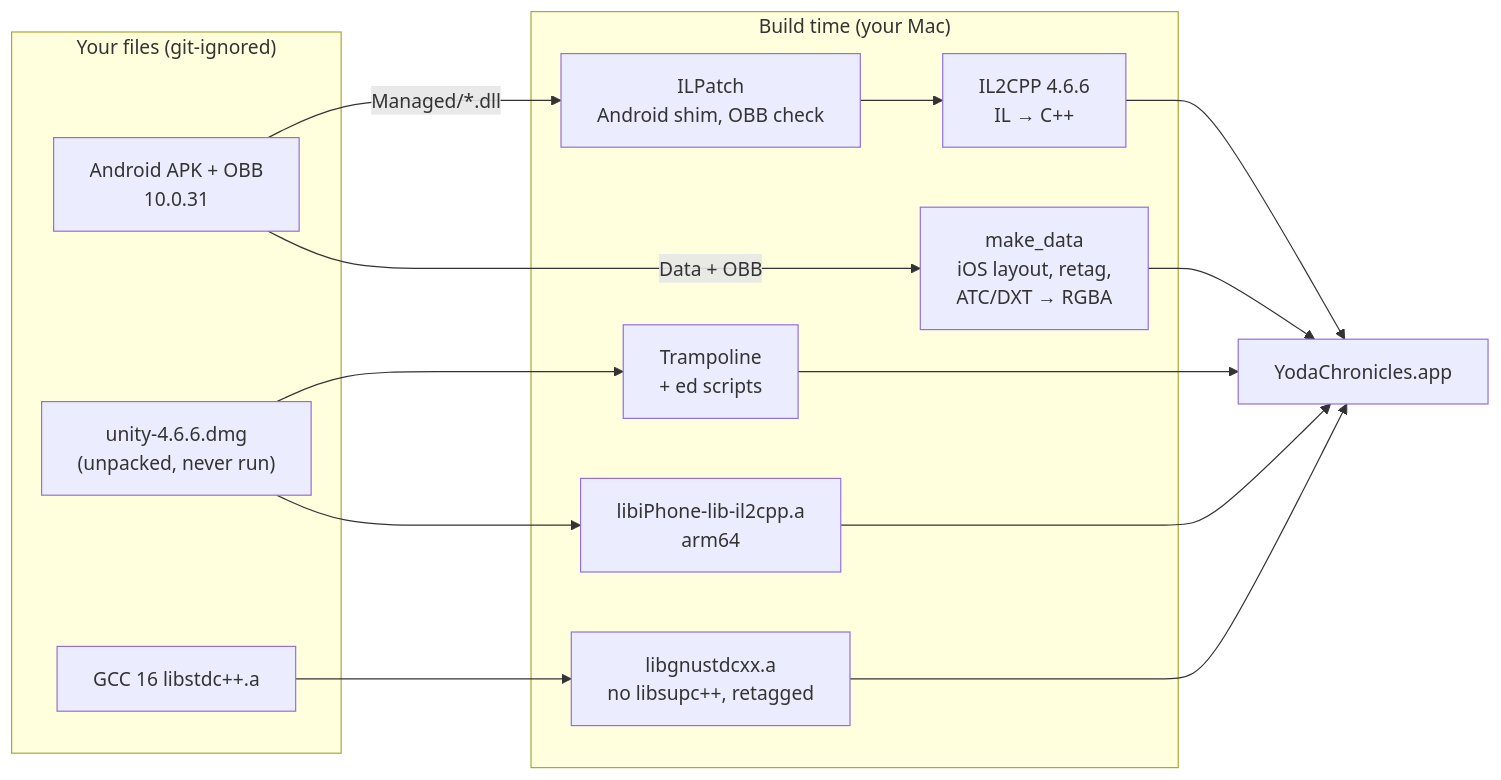
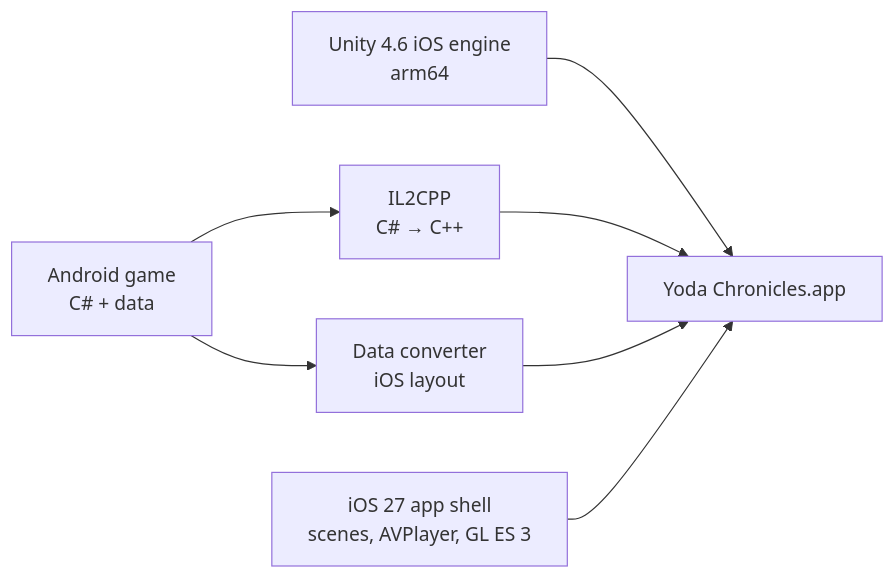
One commit to mirowaltisberg/yoda-chronicles-recomp changed the diagram in README.md. Above: the diagram before and after it, drawn with Mermaid. The commit also changed other lines of this file and 1 other file, not shown here.

````diff
--- a/README.md
+++ b/README.md
@@ -44,21 +84,9 @@
 ```mermaid
 flowchart LR
-    subgraph inputs["Your files (git-ignored)"]
-        apk["Android APK + OBB<br/>10.0.31"]
-        unity["unity-4.6.6.dmg<br/>(unpacked, never run)"]
-        gcc["GCC 16 libstdc++.a"]
-    end
-    subgraph build["Build time (your Mac)"]
-        apk -->|"Managed/*.dll"| ilpatch["ILPatch<br/>Android shim, OBB check"]
-        ilpatch --> il2cpp["IL2CPP 4.6.6<br/>IL → C++"]
-        apk -->|"Data + OBB"| data["make_data<br/>iOS layout, retag,<br/>ATC/DXT → RGBA"]
-        unity --> tramp["Trampoline<br/>+ ed scripts"]
-        unity --> engine["libiPhone-lib-il2cpp.a<br/>arm64"]
-        gcc --> gnu["libgnustdcxx.a<br/>no libsupc++, retagged"]
-    end
-    il2cpp --> app["YodaChronicles.app"]
+    apk["Android game<br/>C# + data"] --> il2cpp["IL2CPP<br/>C# → C++"]
+    apk --> data["Data converter<br/>iOS layout"]
+    unity["Unity 4.6 iOS engine<br/>arm64"] --> app["Yoda Chronicles.app"]
+    il2cpp --> app
     data --> app
-    tramp --> app
-    engine --> app
-    gnu --> app
+    shim["iOS 27 app shell<br/>scenes, AVPlayer, GL ES 3"] --> app
 ```
````
